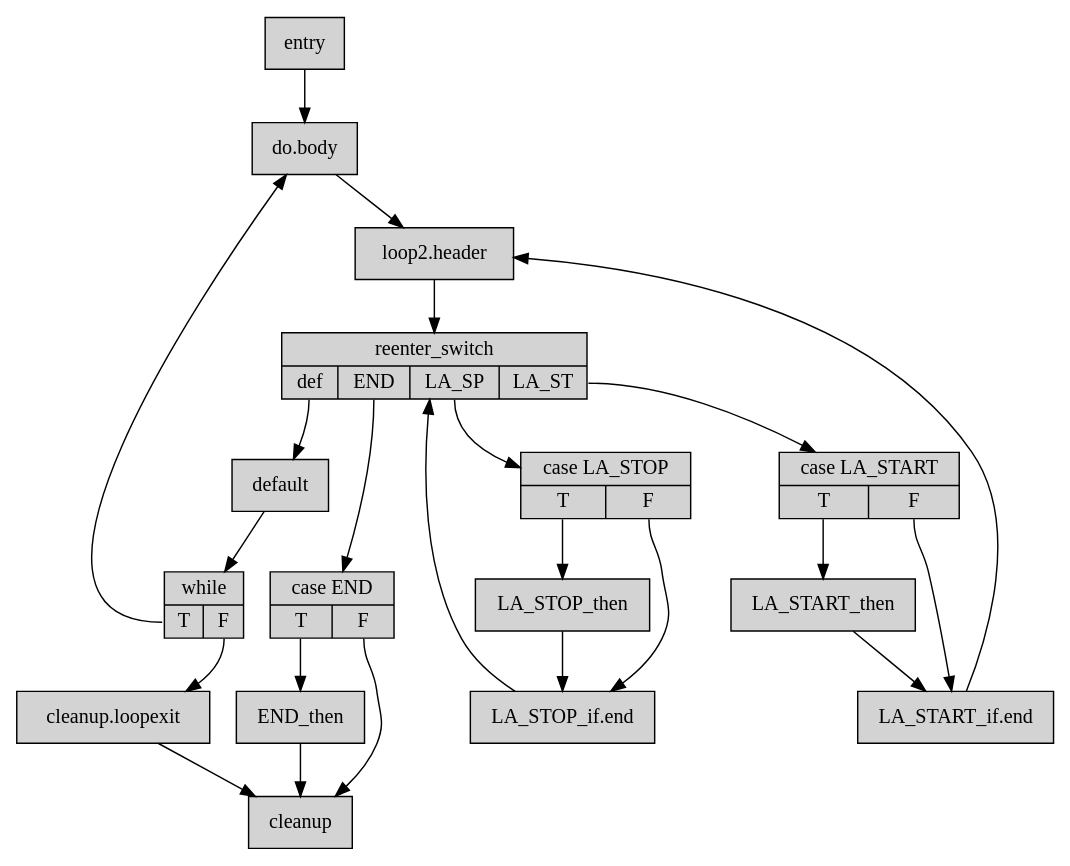
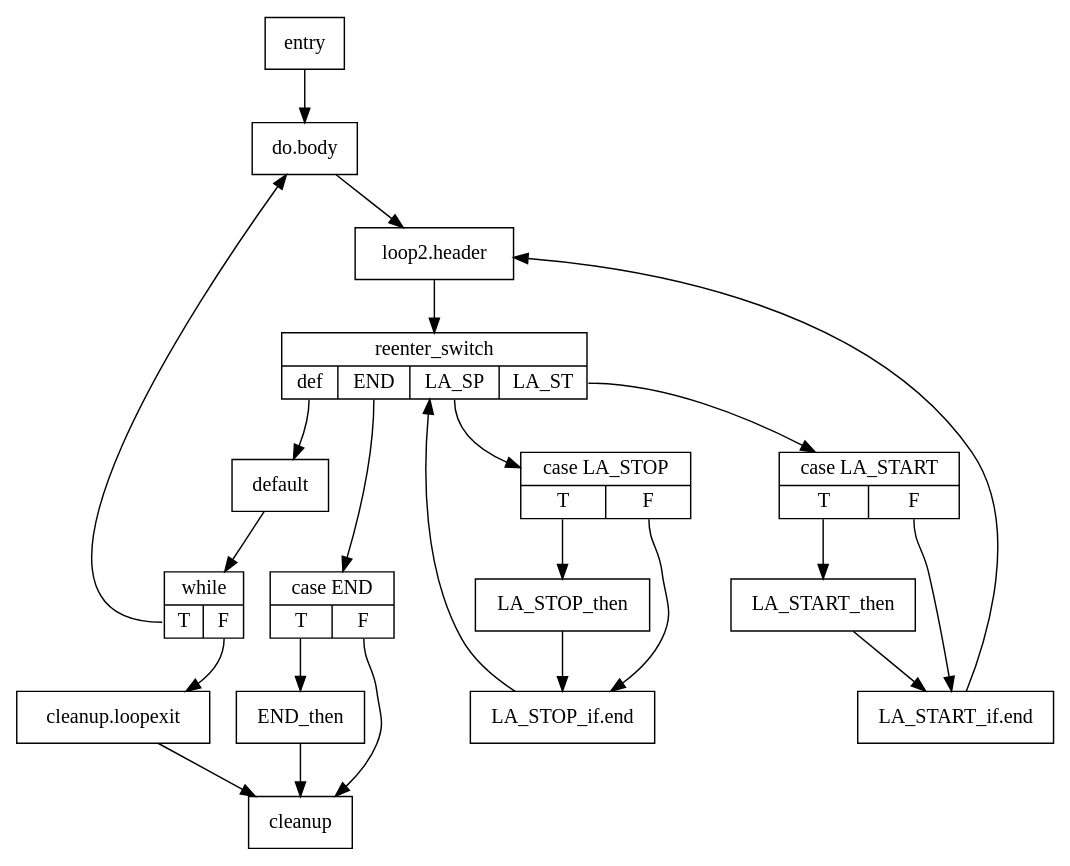
One commit to Karapus/bachelor-thesis changed the diagram in dot/S_regmatch_draft_after_loop_simplify_one.dot. Above: the diagram before and after it, drawn with Graphviz. The commit also changed 7 other files, not shown here.

```diff
--- a/dot/S_regmatch_draft_after_loop_simplify_one.dot
+++ b/dot/S_regmatch_draft_after_loop_simplify_one.dot
@@ -1,41 +1,41 @@
 digraph "CFG for 'S_regmatch_draft' function" {
 
-	Node0x55c848be2960 [shape=record, style=filled, label="{entry}"];
+	Node0x55c848be2960 [shape=record, label="{entry}"];
 	Node0x55c848be2960 -> Node0x55c848be2a10;
-	Node0x55c848be2a10 [shape=record, style=filled, label="{do.body}"];
+	Node0x55c848be2a10 [shape=record, label="{do.body}"];
 	Node0x55c848be2a10 -> Node0x55c848be40f0;
-	Node0x55c848be40f0 [shape=record, style=filled, label="{loop2.header}"];
+	Node0x55c848be40f0 [shape=record, label="{loop2.header}"];
 	Node0x55c848be40f0 -> Node0x55c848be4870;
-	Node0x55c848be4870 [shape=record, style=filled, label="{reenter_switch|{<s0>def|<s1>END|<s2>LA_SP|<s3>LA_ST}}"];
+	Node0x55c848be4870 [shape=record, label="{reenter_switch|{<s0>def|<s1>END|<s2>LA_SP|<s3>LA_ST}}"];
 	Node0x55c848be4870:s0 -> Node0x55c848be5e70;
 	Node0x55c848be4870:s1 -> Node0x55c848be5f50;
 	Node0x55c848be4870:s2 -> Node0x55c848be6150;
 	Node0x55c848be4870:s3 -> Node0x55c848be6050;
-	Node0x55c848be5f50 [shape=record, style=filled, label="{case END|{<s0>T|<s1>F}}"];
+	Node0x55c848be5f50 [shape=record, label="{case END|{<s0>T|<s1>F}}"];
 	Node0x55c848be5f50:s0 -> Node0x55c848be6270;
 	Node0x55c848be5f50:s1 -> Node0x55c848be62e0;
-	Node0x55c848be6270 [shape=record, style=filled, label="{END_then}"];
+	Node0x55c848be6270 [shape=record, label="{END_then}"];
 	Node0x55c848be6270 -> Node0x55c848be62e0;
-	Node0x55c848be6050 [shape=record, style=filled, label="{case LA_START|{<s0>T|<s1>F}}"];
+	Node0x55c848be6050 [shape=record, label="{case LA_START|{<s0>T|<s1>F}}"];
 	Node0x55c848be6050:s0 -> Node0x55c848be68b0;
 	Node0x55c848be6050:s1 -> Node0x55c848be42c0;
-	Node0x55c848be68b0 [shape=record, style=filled, label="{LA_START_then}"];
+	Node0x55c848be68b0 [shape=record, label="{LA_START_then}"];
 	Node0x55c848be68b0 -> Node0x55c848be42c0;
-	Node0x55c848be42c0 [shape=record, style=filled, label="{LA_START_if.end}"];
+	Node0x55c848be42c0 [shape=record, label="{LA_START_if.end}"];
 	Node0x55c848be42c0 -> Node0x55c848be40f0;
-	Node0x55c848be6150 [shape=record, style=filled, label="{case LA_STOP|{<s0>T|<s1>F}}"];
+	Node0x55c848be6150 [shape=record, label="{case LA_STOP|{<s0>T|<s1>F}}"];
 	Node0x55c848be6150:s0 -> Node0x55c848be7e90;
 	Node0x55c848be6150:s1 -> Node0x55c848be49e0;
-	Node0x55c848be7e90 [shape=record, style=filled, label="{LA_STOP_then}"];
+	Node0x55c848be7e90 [shape=record, label="{LA_STOP_then}"];
 	Node0x55c848be7e90 -> Node0x55c848be49e0;
-	Node0x55c848be49e0 [shape=record, style=filled, label="{LA_STOP_if.end}"];
+	Node0x55c848be49e0 [shape=record, label="{LA_STOP_if.end}"];
 	Node0x55c848be49e0 -> Node0x55c848be4870;
-	Node0x55c848be5e70 [shape=record, style=filled, label="{default}"];
+	Node0x55c848be5e70 [shape=record, label="{default}"];
     Node0x55c848be5e70 -> Node0x55c848be3120 
-	Node0x55c848be3120 [shape=record, style=filled, label="{while|{<s0>T|<s1>F}}"];
+	Node0x55c848be3120 [shape=record, label="{while|{<s0>T|<s1>F}}"];
 	Node0x55c848be3120:s1 -> Node0x55c848bea260;
 	Node0x55c848be3120:s0 -> Node0x55c848be2a10;
-	Node0x55c848bea260 [shape=record, style=filled, label="{cleanup.loopexit}"];
+	Node0x55c848bea260 [shape=record, label="{cleanup.loopexit}"];
 	Node0x55c848bea260 -> Node0x55c848be62e0;
-	Node0x55c848be62e0 [shape=record, style=filled, label="{cleanup}"];
+	Node0x55c848be62e0 [shape=record, label="{cleanup}"];
 }
```
